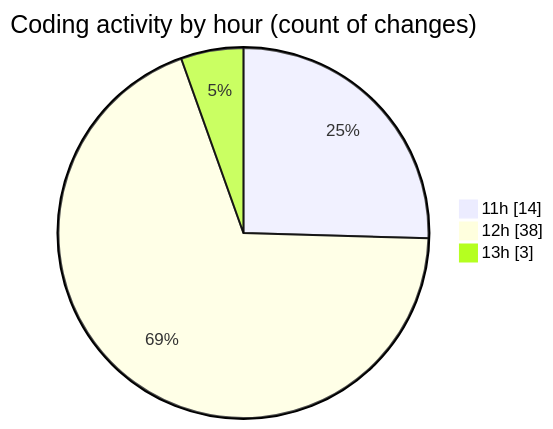
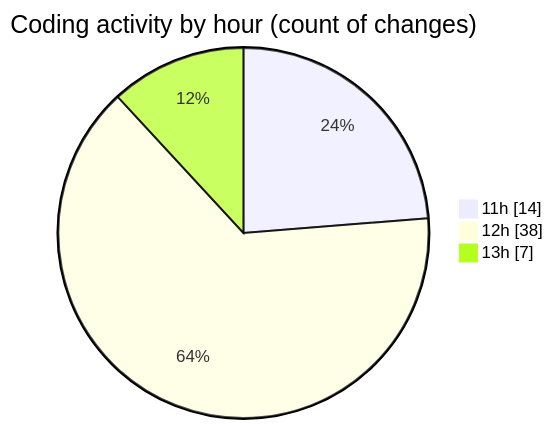
The second of 2 diagrams in 2025-08-28/nxtqube_webapp/README.md (nxtqubesakshisongat/code-tracking), drawn with Mermaid before and after one commit. The commit also changed other lines of this file and 1 other file, not shown here.

````diff
--- a/2025-08-28/nxtqube_webapp/README.md
+++ b/2025-08-28/nxtqube_webapp/README.md
@@ -34,7 +34,7 @@
 ```mermaid
 pie showData
 title Coding activity by hour (count of changes)
 "11h" : 14
 "12h" : 38
-"13h" : 3
+"13h" : 7
 ```
````
